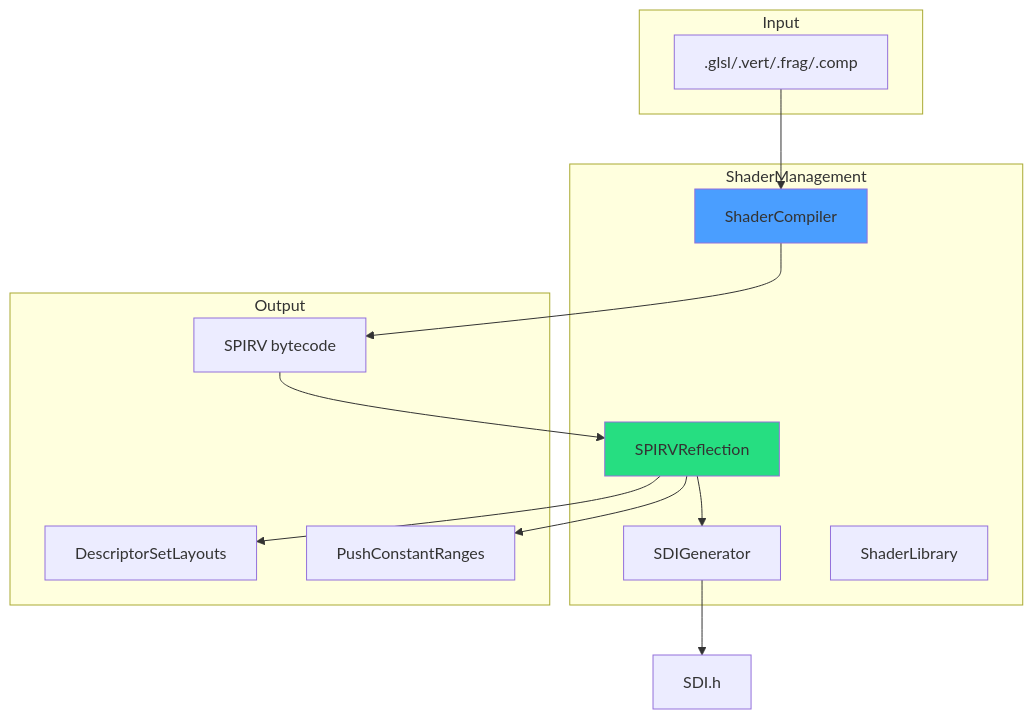
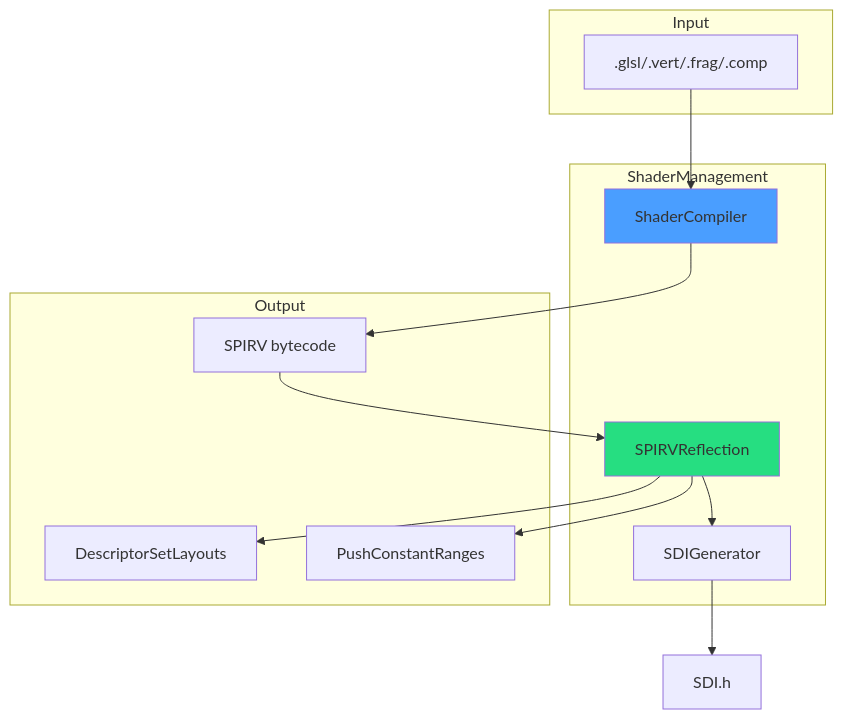
One commit to Lint111/VBVS--VIXEN changed the first of 2 diagrams in VIXEN/Vixen-Docs/Libraries/ShaderManagement.md. Above: the diagram before and after it, drawn with Mermaid. The commit also changed other lines of this file and 34 other files, not shown here.

````diff
--- a/VIXEN/Vixen-Docs/Libraries/ShaderManagement.md
+++ b/VIXEN/Vixen-Docs/Libraries/ShaderManagement.md
@@ -20,30 +20,29 @@
 ```mermaid
 flowchart TB
     subgraph ShaderManagement
         SC[ShaderCompiler]
         SR[SPIRVReflection]
         SDI[SDIGenerator]
-        SL[ShaderLibrary]
     end
 
     subgraph Input
         GLSL[.glsl/.vert/.frag/.comp]
     end
 
     subgraph Output
         SPIRV[SPIRV bytecode]
         DSL[DescriptorSetLayouts]
         PC[PushConstantRanges]
     end
 
     GLSL --> SC
     SC --> SPIRV
     SPIRV --> SR
     SR --> DSL
     SR --> PC
     SR --> SDI
     SDI --> SDIHeader[SDI.h]
 
     style SC fill:#4a9eff
     style SR fill:#26de81
 ```
````
